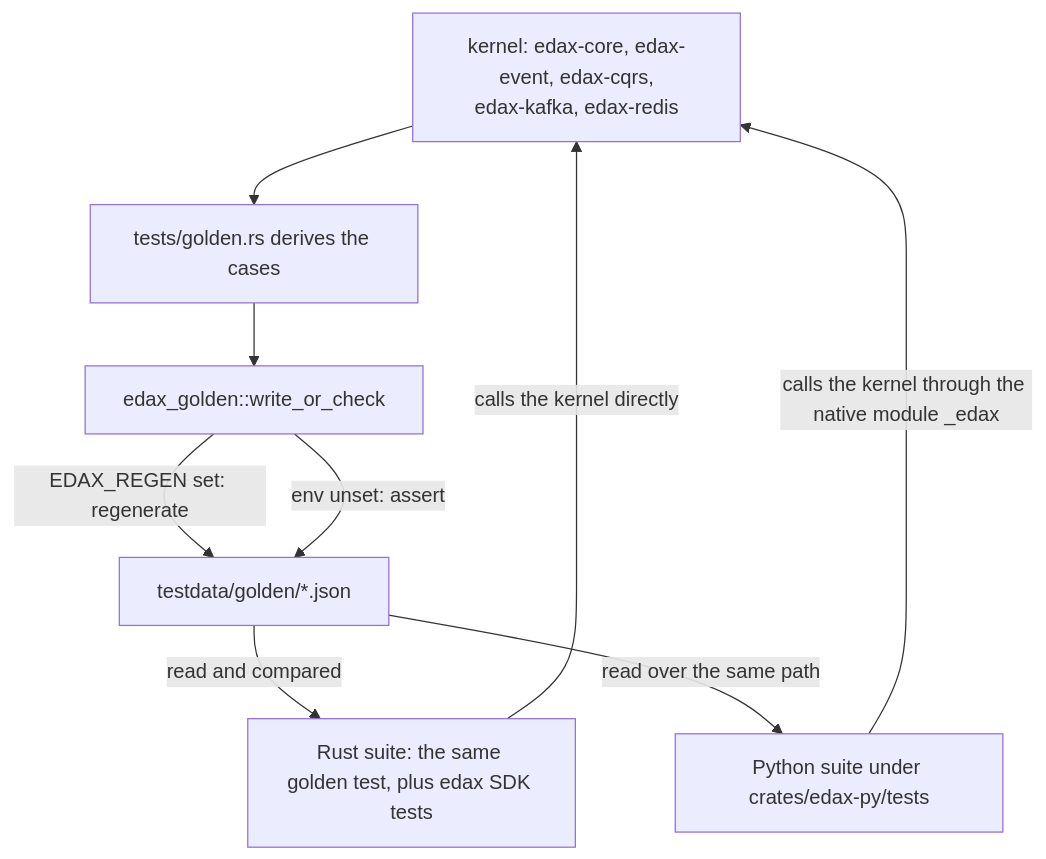
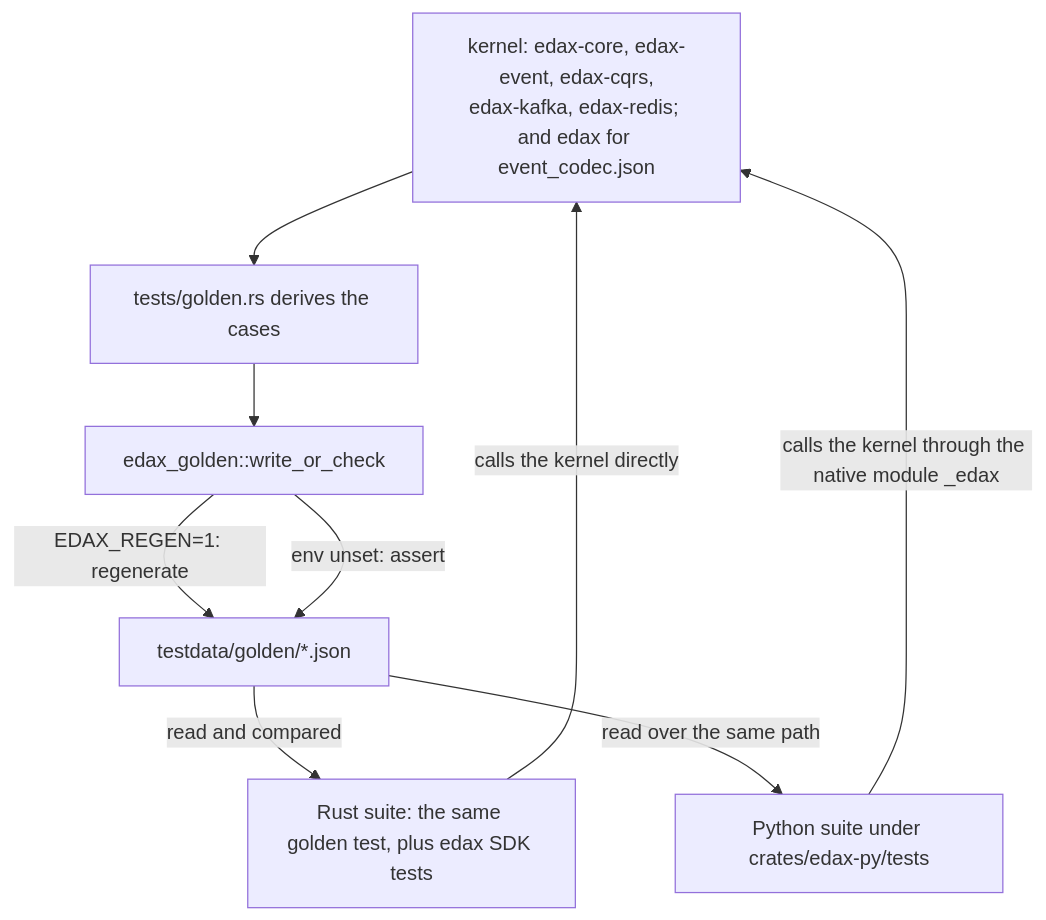
Before and after one commit to haskian/edax: the first of 2 diagrams in docs/kernels/golden-vectors.md, drawn with Mermaid. The commit also changed other lines of this file and 263 other files, not shown here.

````diff
--- a/docs/kernels/golden-vectors.md
+++ b/docs/kernels/golden-vectors.md
@@ -18,11 +18,11 @@
 ```mermaid
 flowchart TB
-  K["kernel: edax-core, edax-event, edax-cqrs,<br/>edax-kafka, edax-redis"] --> G["tests/golden.rs derives the cases"]
+  K["kernel: edax-core, edax-event, edax-cqrs,<br/>edax-kafka, edax-redis; and edax for event_codec.json"] --> G["tests/golden.rs derives the cases"]
   G --> W["edax_golden::write_or_check"]
-  W -->|"EDAX_REGEN set: regenerate"| F["testdata/golden/*.json"]
+  W -->|"EDAX_REGEN=1: regenerate"| F["testdata/golden/*.json"]
   W -->|"env unset: assert"| F
   F -->|"read and compared"| RS["Rust suite: the same golden test, plus edax SDK tests"]
   F -->|"read over the same path"| PS["Python suite under crates/edax-py/tests"]
   PS -->|"calls the kernel through the native module _edax"| K
   RS -->|"calls the kernel directly"| K
 ```
````
